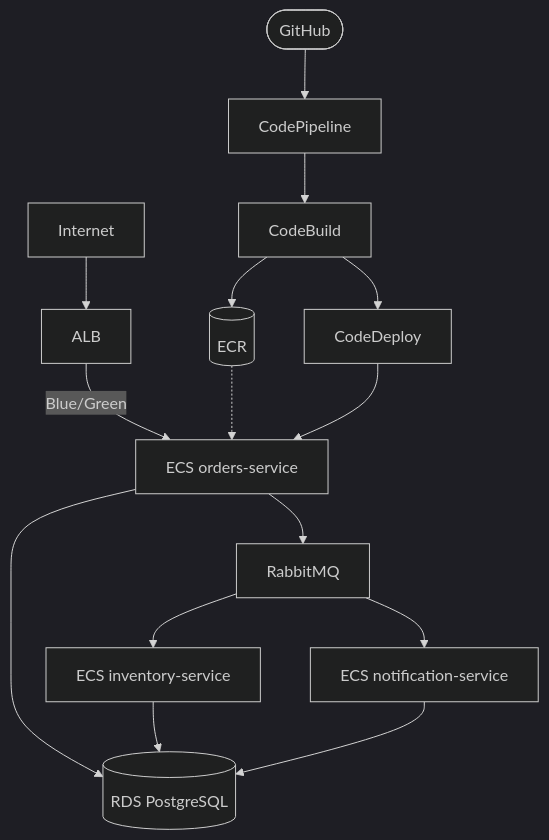
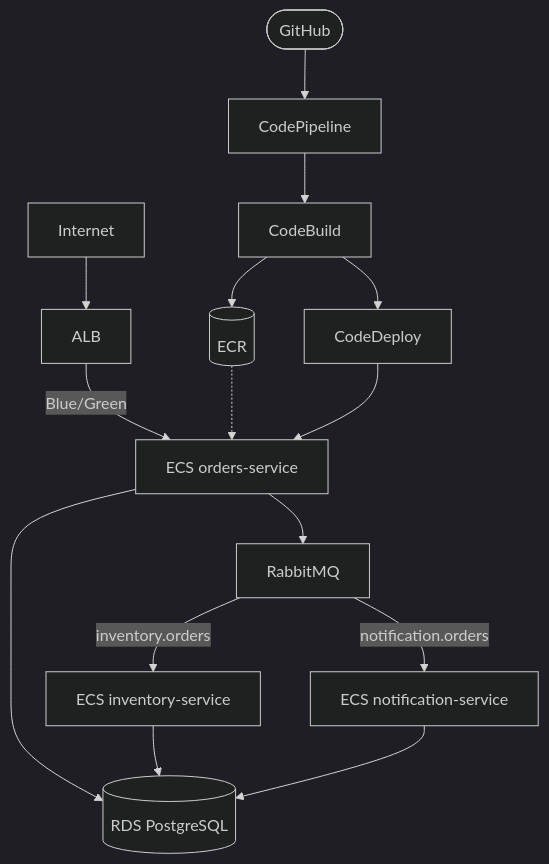
Before and after one commit to davixedes/workshop-app: the second of 3 diagrams in architecture.md, drawn with Mermaid (dark theme). The commit also changed other lines of this file, not shown here.

````diff
--- a/architecture.md
+++ b/architecture.md
@@ -25,14 +30,15 @@
 ```mermaid
 graph TD
     Internet --> ALB[ALB]
     ALB -->|Blue/Green| OS[ECS orders-service]
     OS --> RDS[(RDS PostgreSQL)]
     OS --> MQ[RabbitMQ]
-    MQ --> IS[ECS inventory-service]
-    MQ --> NS[ECS notification-service]
-    IS & NS --> RDS
+    MQ -->|inventory.orders| IS[ECS inventory-service]
+    MQ -->|notification.orders| NS[ECS notification-service]
+    IS --> RDS
+    NS --> RDS
 
     GH([GitHub]) --> CP[CodePipeline] --> CB[CodeBuild]
     CB --> ECR[(ECR)] -.-> OS
     CB --> CD[CodeDeploy] --> OS
 ```
````
